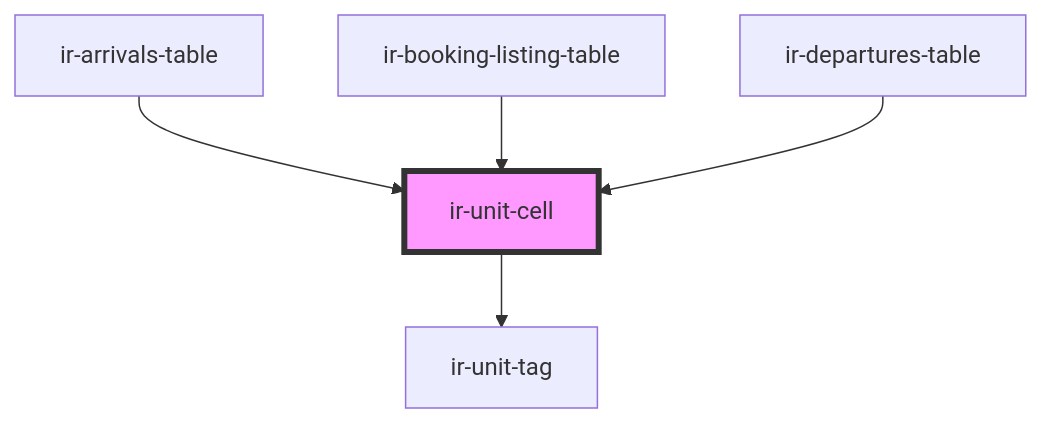
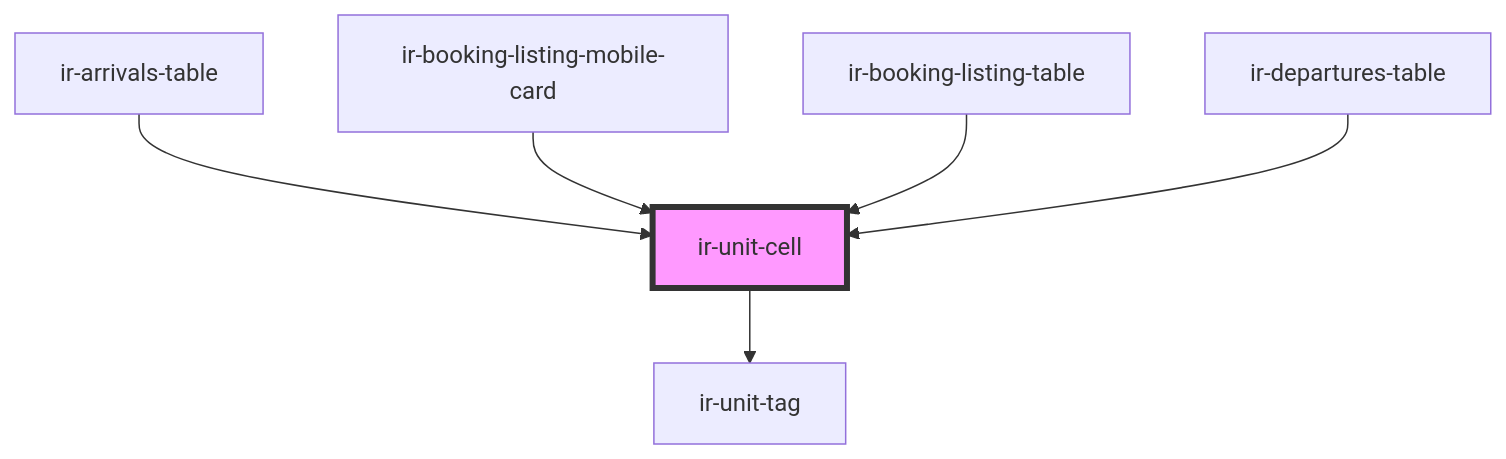
Before and after one commit to David1Chowaifaty/modified-ir-webcmp: the diagram in src/components/table-cells/booking/ir-unit-cell/readme.md, drawn with Mermaid. The commit also changed other lines of this file and 69 other files, not shown here.

````diff
--- a/src/components/table-cells/booking/ir-unit-cell/readme.md
+++ b/src/components/table-cells/booking/ir-unit-cell/readme.md
@@ -28,8 +29,9 @@
 ```mermaid
 graph TD;
   ir-unit-cell --> ir-unit-tag
   ir-arrivals-table --> ir-unit-cell
+  ir-booking-listing-mobile-card --> ir-unit-cell
   ir-booking-listing-table --> ir-unit-cell
   ir-departures-table --> ir-unit-cell
   style ir-unit-cell fill:#f9f,stroke:#333,stroke-width:4px
 ```
````
